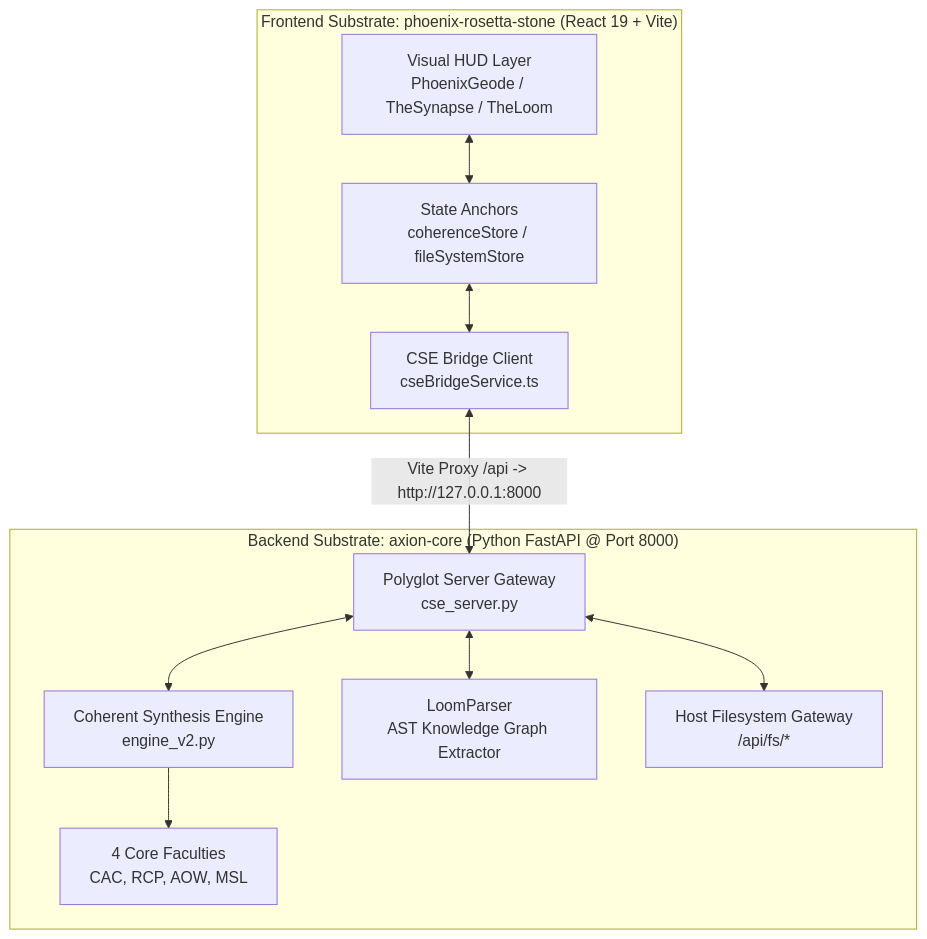
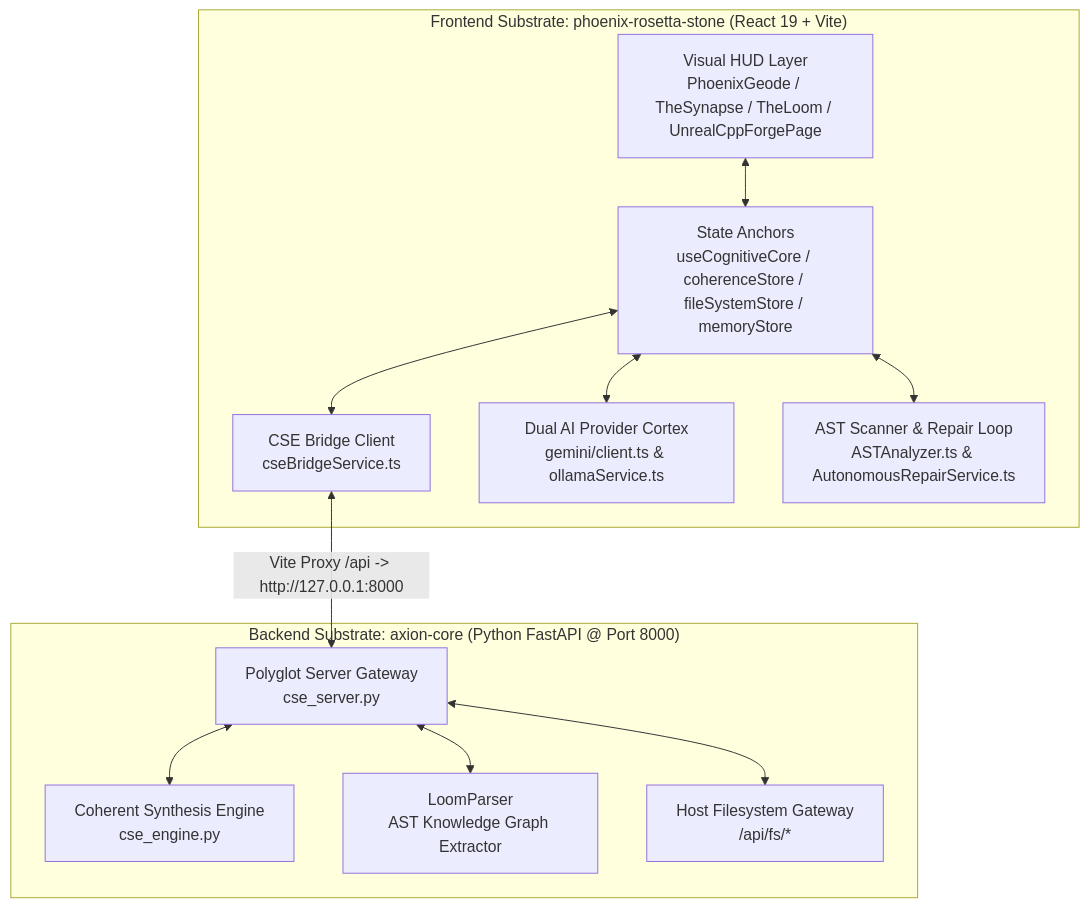
The diagram in phoenix-rosetta-stone/docs/system_architecture.md (Icebane84/Synarche_Workshop), drawn with Mermaid before and after one commit. The commit also changed other lines of this file and 4 other files, not shown here.

Commit message:
docs(phoenix): synchronize README, system architecture, and HUD roadmap

````diff
--- a/phoenix-rosetta-stone/docs/system_architecture.md
+++ b/phoenix-rosetta-stone/docs/system_architecture.md
@@ -15,22 +13,22 @@
 ```mermaid
 graph TD
     subgraph "Frontend Substrate: phoenix-rosetta-stone (React 19 + Vite)"
-        UI[Visual HUD Layer<br>PhoenixGeode / TheSynapse / TheLoom]
-        STORE[State Anchors<br>coherenceStore / fileSystemStore]
+        UI[Visual HUD Layer<br>PhoenixGeode / TheSynapse / TheLoom / UnrealCppForgePage]
+        STORE[State Anchors<br>useCognitiveCore / coherenceStore / fileSystemStore / memoryStore]
         BRIDGE[CSE Bridge Client<br>cseBridgeService.ts]
+        AI_CORTEX[Dual AI Provider Cortex<br>gemini/client.ts & ollamaService.ts]
+        AST_ENGINE[AST Scanner & Repair Loop<br>ASTAnalyzer.ts & AutonomousRepairService.ts]
     end
 
     subgraph "Backend Substrate: axion-core (Python FastAPI @ Port 8000)"
         SERVER[Polyglot Server Gateway<br>cse_server.py]
-        ENGINE[Coherent Synthesis Engine<br>engine_v2.py]
-        FACULTIES[4 Core Faculties<br>CAC, RCP, AOW, MSL]
+        ENGINE[Coherent Synthesis Engine<br>cse_engine.py]
         PARSER[LoomParser<br>AST Knowledge Graph Extractor]
         FS_GATEWAY[Host Filesystem Gateway<br>/api/fs/*]
     end
 
     UI <--> STORE
-    STORE <--> BRIDGE
+    STORE <--> BRIDGE & AI_CORTEX & AST_ENGINE
     BRIDGE <-->|Vite Proxy /api -> http://127.0.0.1:8000| SERVER
     SERVER <--> ENGINE & PARSER & FS_GATEWAY
-    ENGINE --> FACULTIES
 ```
````
